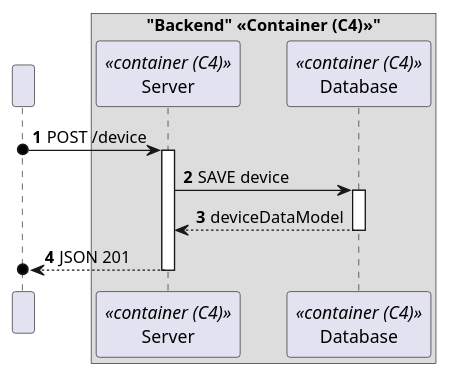
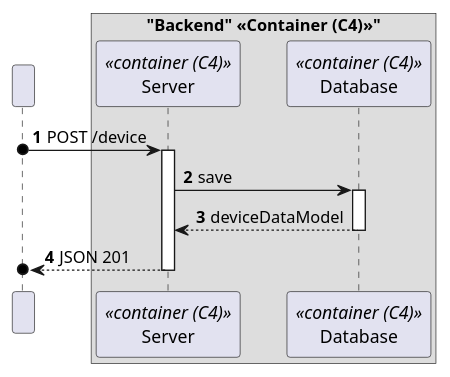
Before and after one commit to moutajDev/smarthome: the diagram in docs/C4_4plus1_models/Level3/ProcessView/ProcessViewLevel3_UC05.puml, drawn with PlantUML. The commit also changed 6 other files, not shown here.

```diff
--- a/docs/C4_4plus1_models/Level3/ProcessView/ProcessViewLevel3_UC05.puml
+++ b/docs/C4_4plus1_models/Level3/ProcessView/ProcessViewLevel3_UC05.puml
@@ -1,31 +1,31 @@
 @startuml
 'https://plantuml.com/sequence-diagram
 !pragma layout smetana
 
 autonumber
 
 participant " " as HTTP
 
 box "Backend" <<Container (C4)>>"
     participant "Server" as SE<<container (C4)>>
     participant "Database" as DB<<container (C4)>>
 end box
 
 
 HTTP o-> SE : POST /device
 activate SE
 
-SE -> DB : SAVE device
+SE -> DB : save
 activate DB
 
 DB --> SE : deviceDataModel
 deactivate DB
 
 
 SE -->o HTTP : JSON 201
 deactivate SE
 
 deactivate HTTP
 
 
 @enduml
```
